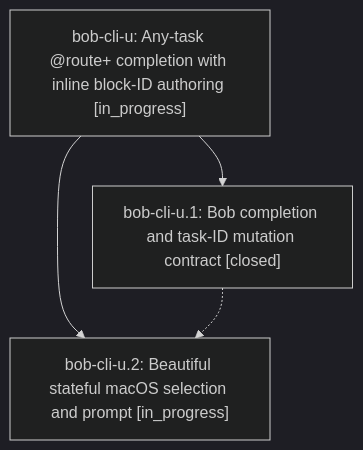
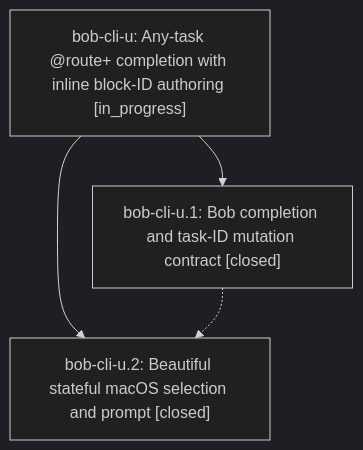
The diagram in pages/bob-cli-u/README.md (bobs-org/bob-cli--beads), drawn with Mermaid (dark theme) before and after one commit. The commit also changed other lines of this file and 2 other files, not shown here.

First line of the commit message:
chore(beads): sync bead state and pages for bob-cli-u

````diff
--- a/pages/bob-cli-u/README.md
+++ b/pages/bob-cli-u/README.md
@@ -23,9 +23,9 @@
 ```mermaid
 flowchart TD
     n0["bob-cli-u: Any-task @route+ completion with inline block-ID authoring [in_progress]"]
     n1["bob-cli-u.1: Bob completion and task-ID mutation contract [closed]"]
-    n2["bob-cli-u.2: Beautiful stateful macOS selection and prompt [in_progress]"]
+    n2["bob-cli-u.2: Beautiful stateful macOS selection and prompt [closed]"]
     n0 --> n1
     n0 --> n2
     n1 -.-> n2
 ```
````
